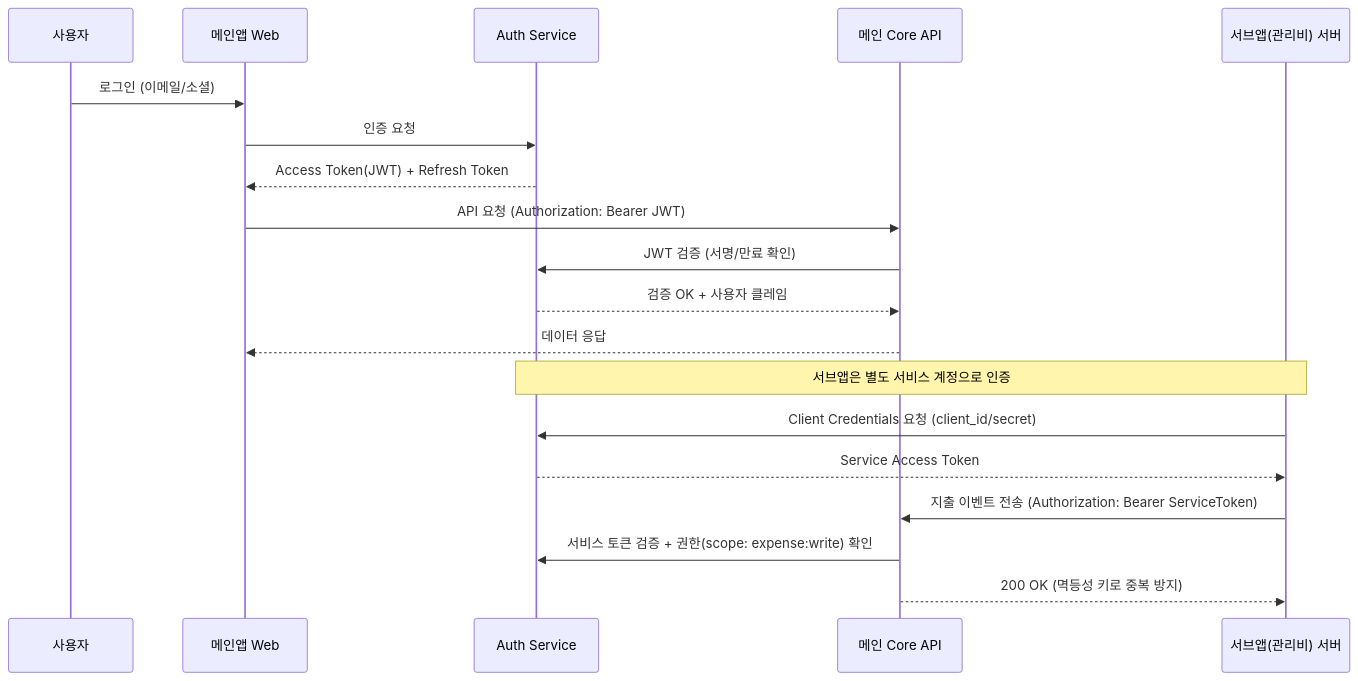
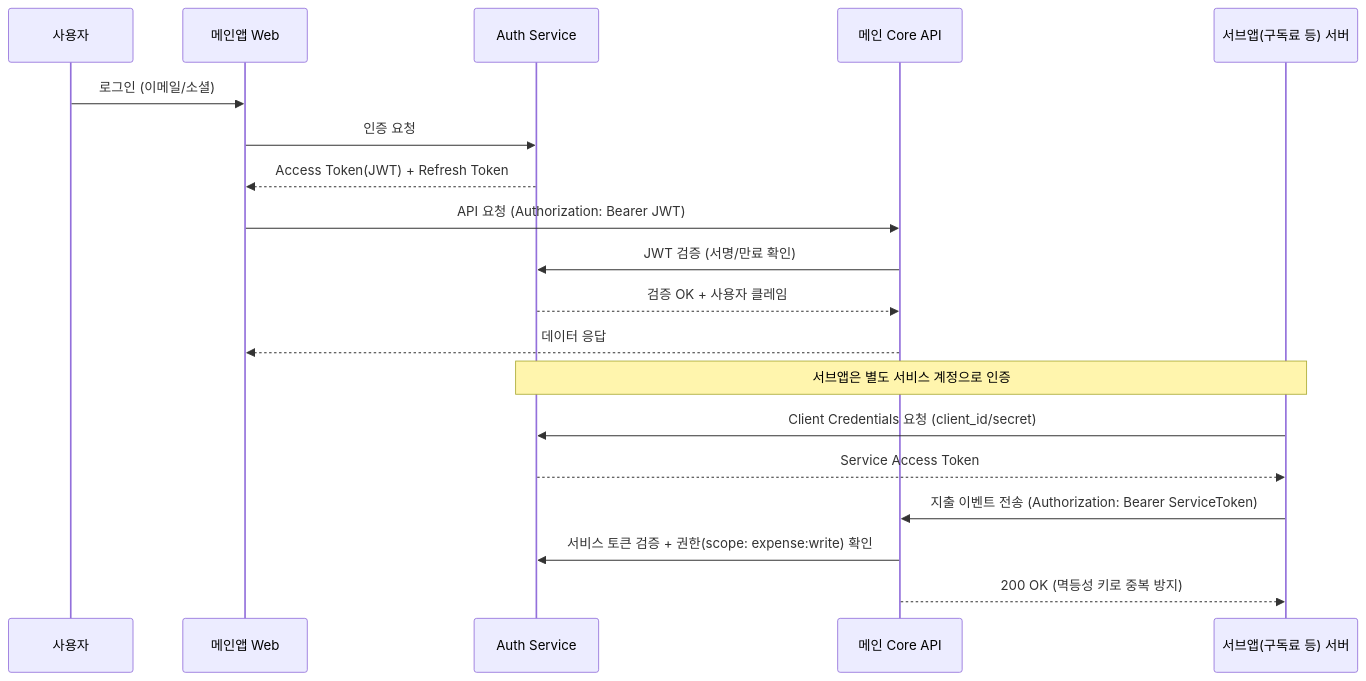
One commit to tigrelli/account-books changed the ninth of 18 diagrams in docs/가계부_아키텍처_설계.md. Above: the diagram before and after it, drawn with Mermaid. The commit also changed other lines of this file and 8 other files, not shown here.

````diff
--- a/docs/가계부_아키텍처_설계.md
+++ b/docs/가계부_아키텍처_설계.md
@@ -397,23 +390,23 @@
 ```mermaid
 sequenceDiagram
     participant U as 사용자
     participant W as 메인앱 Web
     participant A as Auth Service
     participant C as 메인 Core API
-    participant S as 서브앱(관리비) 서버
+    participant S as 서브앱(구독료 등) 서버
 
     U->>W: 로그인 (이메일/소셜)
     W->>A: 인증 요청
     A-->>W: Access Token(JWT) + Refresh Token
     W->>C: API 요청 (Authorization: Bearer JWT)
     C->>A: JWT 검증 (서명/만료 확인)
     A-->>C: 검증 OK + 사용자 클레임
     C-->>W: 데이터 응답
 
     Note over S,A: 서브앱은 별도 서비스 계정으로 인증
     S->>A: Client Credentials 요청 (client_id/secret)
     A-->>S: Service Access Token
     S->>C: 지출 이벤트 전송 (Authorization: Bearer ServiceToken)
     C->>A: 서비스 토큰 검증 + 권한(scope: expense:write) 확인
     C-->>S: 200 OK (멱등성 키로 중복 방지)
 ```
````
